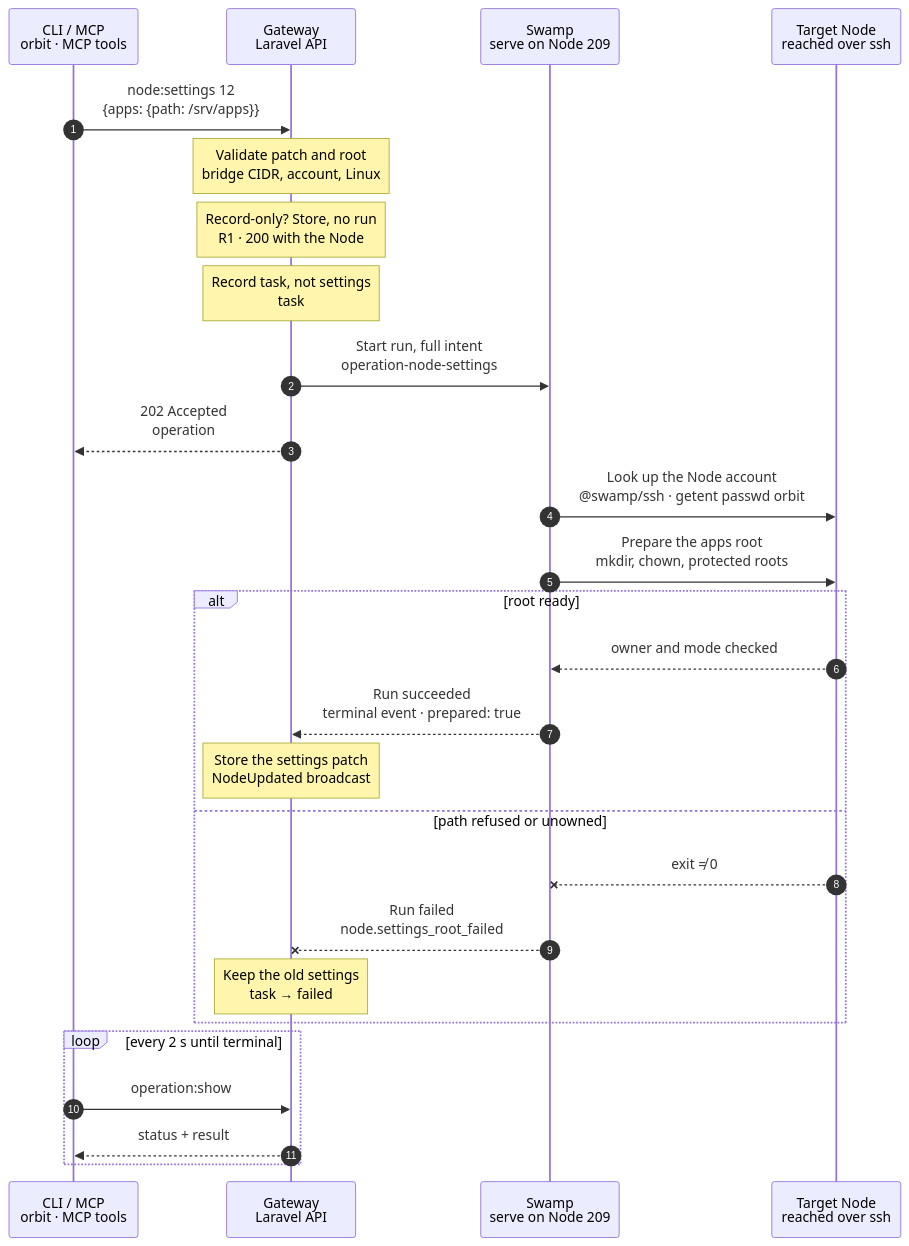
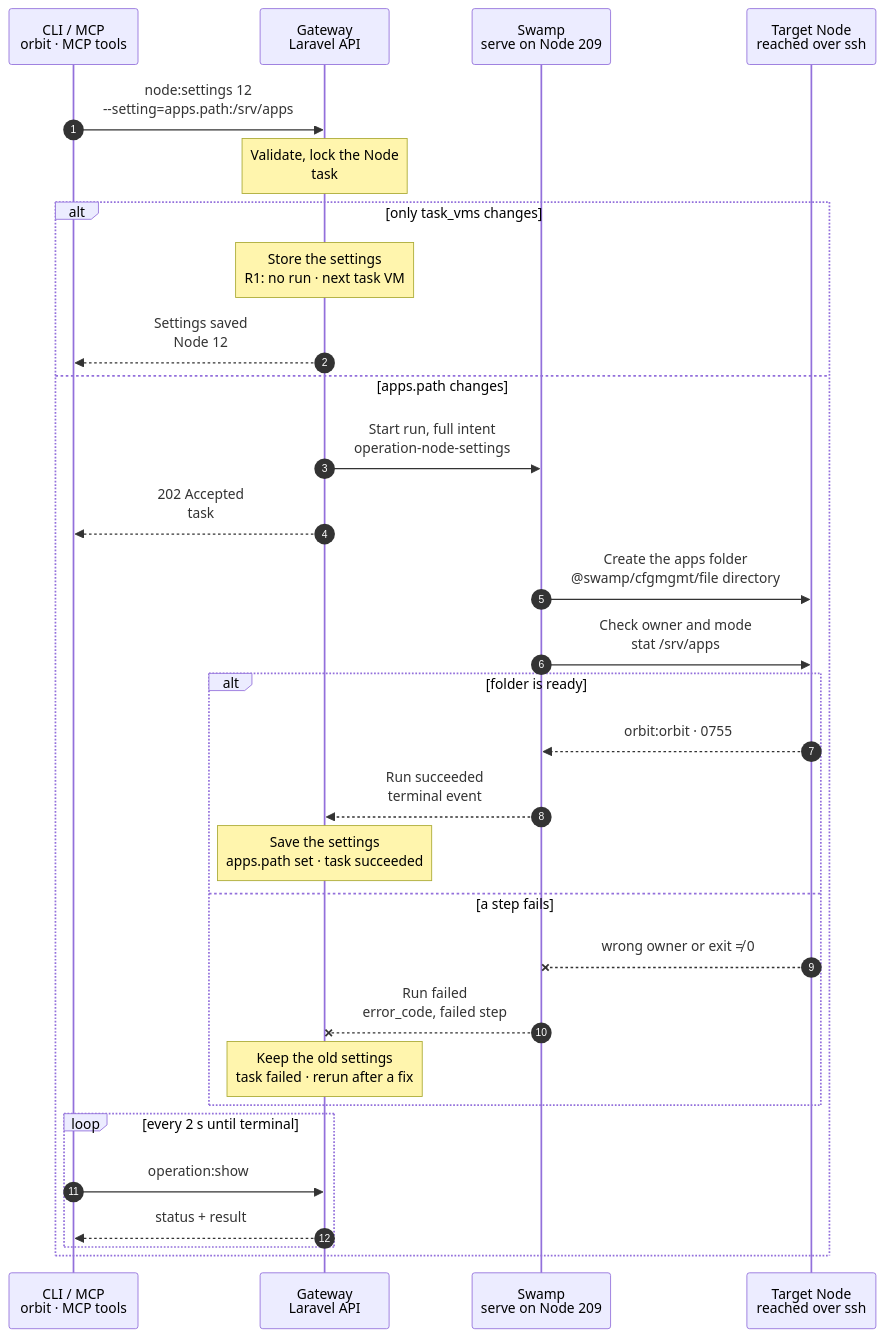
One commit to hardimpactdev/orbit changed the diagram in docs/flows/node.settings.mmd. Above: the diagram before and after it, drawn with Mermaid. The commit also changed 3 other files, not shown here.

First line of the commit message:
docs(flows): wave 2 Node charts in the agreed format (#2435)

```diff
--- a/docs/flows/node.settings.mmd
+++ b/docs/flows/node.settings.mmd
@@ -1,33 +1,122 @@
 sequenceDiagram
-  %% Target design: ADR 0244 task + DECISIONS R1, R2, R4; orbit-agent observes only, Swamp prepares the root.
+  %% Target design: ADR 0244 task, DECISIONS R1 (task_vms is record-only), R2, R4 (apps.path is Node work). docs/reference/node-settings.md.
   %% status: draft
+  %% command: node:settings
   autonumber
   %% lane CLI icon=terminal pill=caller tone=gray
   %% lane GW icon=gateway pill=intent tone=blue
   %% lane SW icon=workflow pill=executes tone=green
   %% lane N icon=server pill=target tone=amber
   participant CLI as CLI / MCP<br/>orbit · MCP tools
   participant GW as Gateway<br/>Laravel API
   participant SW as Swamp<br/>serve on Node 209
   participant N as Target Node<br/>reached over ssh
-  CLI->>GW: node:settings 12<br/>{apps: {path: /srv/apps}}
-  Note over GW: Validate patch and root<br/>bridge CIDR, account, Linux
-  Note over GW: Record-only? Store, no run<br/>R1 · 200 with the Node
-  Note over GW: Record task, not settings<br/>task #5131 · R2
-  GW->>SW: Start run, full intent<br/>operation-node-settings
-  GW-->>CLI: 202 Accepted<br/>operation #5131
-  SW->>N: Look up the Node account<br/>@swamp/ssh · getent passwd orbit
-  SW->>N: Prepare the apps root<br/>mkdir, chown, protected roots
-  alt root ready
-    N-->>SW: owner and mode checked
-    SW-->>GW: Run succeeded<br/>terminal event · prepared: true
-    Note over GW: Store the settings patch<br/>NodeUpdated broadcast
-  else path refused or unowned
-    N--xSW: exit ≠ 0
-    SW--xGW: Run failed<br/>node.settings_root_failed
-    Note over GW: Keep the old settings<br/>task → failed
+  CLI->>GW: node:settings 12<br/>--setting=apps.path:/srv/apps
+  %%> Command:
+  %%> - `orbit node:settings 12 --setting=apps.path:/srv/apps`
+  %%> - syntax: `<node> --setting=KEY:VALUE [--setting=…] [--idempotency-key=KEY] [--json]`
+  %%> Input:
+  %%> - the Node, by id or exact name
+  %%> - one or more settings: `apps.path`, or `task_vms` as a JSON object
+  %%> - an empty value unsets it: `--setting=apps.path:` sends a null path, `--setting=task_vms:null` removes the task VM host settings
+  %%> Who can call it:
+  %%> - the `orbit` CLI and the MCP tool send the same request
+  Note over GW: Validate, lock the Node<br/>task #5131 · Node 12
+  %%> Requirements:
+  %%> - your Node has an access grant to Node 12
+  %%> - Node 12 is an active, managed Linux Node
+  %%> - no other settings change runs for Node 12; the Gateway holds one lock per Node
+  %%> Checks for `apps.path`:
+  %%> - absolute and normalized: not `/`, no trailing or repeated `/`, no `.` or `..` part
+  %%> - not the managed user's home or an ancestor of it, and not inside a hidden folder of that home
+  %%> - not overlapping `/boot`, `/dev`, `/etc`, `/proc`, `/run`, `/sys`, `/usr`, `/opt/orbit`, `/var/lib/orbit`, `/var/www`, or the Gateway checkout and release layout
+  %%> - not equal to, or inside, an existing Instance checkout on Node 12
+  %%> Checks for `task_vms`:
+  %%> - typed fields only, such as `cidr`, `max_vms`, `pool`, `image_alias`
+  %%> - the bridge `cidr` overlaps no other task VM host
+  %%> Decides:
+  %%> - whether the change touches Node 12, or only the record
+  alt only task_vms changes
+    Note over GW: Store the settings<br/>R1: no run · next task VM
+    %%> When:
+    %%> - the request changes only `task_vms`
+    %%> - or it unsets `apps.path` on a Node without an active `app-dev` role, so no folder is needed
+    %%> Why no run:
+    %%> - nothing on Node 12 changes now; the values apply when the next task VM is created on Node 12
+    %%> - task VMs that already run keep their settings
+    %%> Result:
+    %%> - Node 12's task VM host settings are saved
+    %%> - task #5131 succeeds at once; no Swamp run starts (R1)
+    GW-->>CLI: Settings saved<br/>Node 12
+    %%> What you get:
+    %%> - the Node with its new settings, at once; there is nothing to follow
+  else apps.path changes
+    GW->>SW: Start run, full intent<br/>operation-node-settings
+    %%> When:
+    %%> - the request changes `apps.path`, alone or together with `task_vms`
+    %%> - unsetting it on a Node with an active `app-dev` role prepares the default folder, `<managed-user-home>/apps`
+    %%> What it does:
+    %%> - starts one Swamp run on serve (Node 209)
+    %%> Inputs:
+    %%> - the new apps folder, and the managed user and group that must own it
+    %%> - Node 12's address and SSH host keys; the SSH identity comes from the `swamp` role
+    %%> Not stored yet:
+    %%> - the settings stay unchanged until the run succeeds (R2)
+    GW-->>CLI: 202 Accepted<br/>task #5131
+    %%> What you get:
+    %%> - the task number, at once
+    %%> Next:
+    %%> - the CLI follows the task with `operation:show`
+    SW->>N: Create the apps folder<br/>@swamp/cfgmgmt/file directory
+    %%> What it does:
+    %%> - creates each missing folder of `/srv/apps`, owned by the managed user and group, mode `0755`
+    %%> - leaves an existing folder as it is; it never changes the owner or mode of an existing folder
+    %%> How:
+    %%> - Swamp reaches Node 12 over SSH from 209, with the official `@swamp/cfgmgmt/file` behavior
+    %%> Not included:
+    %%> - existing Instances don't move; their checkouts stay where they are
+    %%> - new development Instances use `/srv/apps/<project>/<instance>`
+    SW->>N: Check owner and mode<br/>stat /srv/apps
+    %%> What it does:
+    %%> - reads the folder back: a real folder, not a symlink
+    %%> - owned by the managed user and group, with read, write and execute for the owner
+    %%> - no write access for group or others
+    %%> Why:
+    %%> - an existing folder with the wrong owner is refused, not repaired
+    alt folder is ready
+      N-->>SW: orbit:orbit · 0755
+      %%> Returns:
+      %%> - the check passed
+      SW-->>GW: Run succeeded<br/>terminal event
+      %%> How the Gateway learns it:
+      %%> - its shared run reader sees the terminal event; Swamp never calls the Gateway
+      Note over GW: Save the settings<br/>apps.path set · task succeeded
+      %%> Result:
+      %%> - Node 12's `apps.path` is `/srv/apps`; any `task_vms` change in the same request is saved with it
+      %%> - task #5131 succeeds
+    else a step fails
+      N--xSW: wrong owner or exit ≠ 0
+      %%> When:
+      %%> - the folder can't be created, is a symlink, has another owner, or is writable by others
+      SW--xGW: Run failed<br/>error_code, failed step
+      %%> The Gateway reads:
+      %%> - which step failed and its error code
+      Note over GW: Keep the old settings<br/>task failed · rerun after a fix
+      %%> Result:
+      %%> - Node 12's settings stay unchanged
+      %%> - task #5131 fails
+      %%> On the Node:
+      %%> - folders created before the failure stay; there is no rollback
+      %%> - that is safe: an empty folder is harmless, and a rerun leaves it as it is
+      %%> Retry:
+      %%> - run the same command again after fixing the cause; it is a new task
+    end
+    loop every 2 s until terminal
+      CLI->>GW: operation:show #5131
+      %%> What it does:
+      %%> - asks for the task's status every 2 seconds until it has ended
+      GW-->>CLI: status + result
+      %%> Returns:
+      %%> - the current status, and the result once the task has ended
+    end
   end
-  loop every 2 s until terminal
-    CLI->>GW: operation:show #OP
-    GW-->>CLI: status + result
-  end
```
